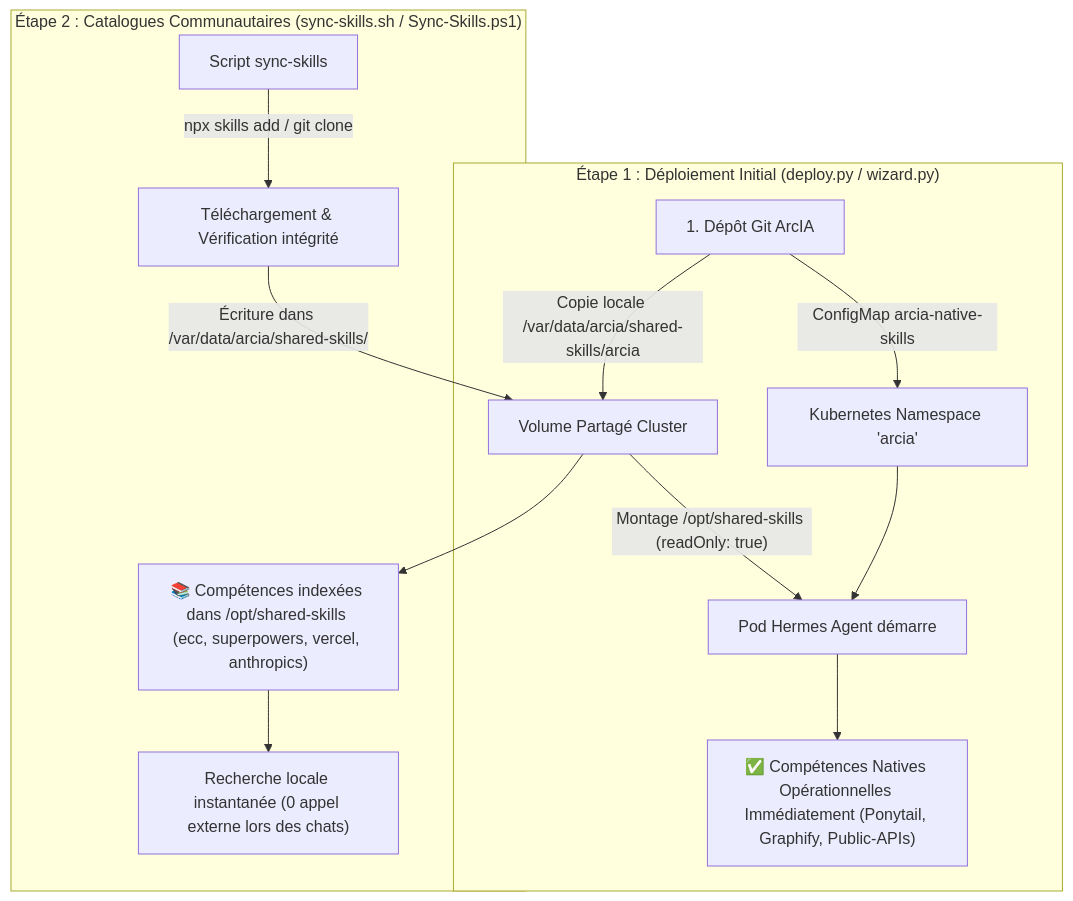
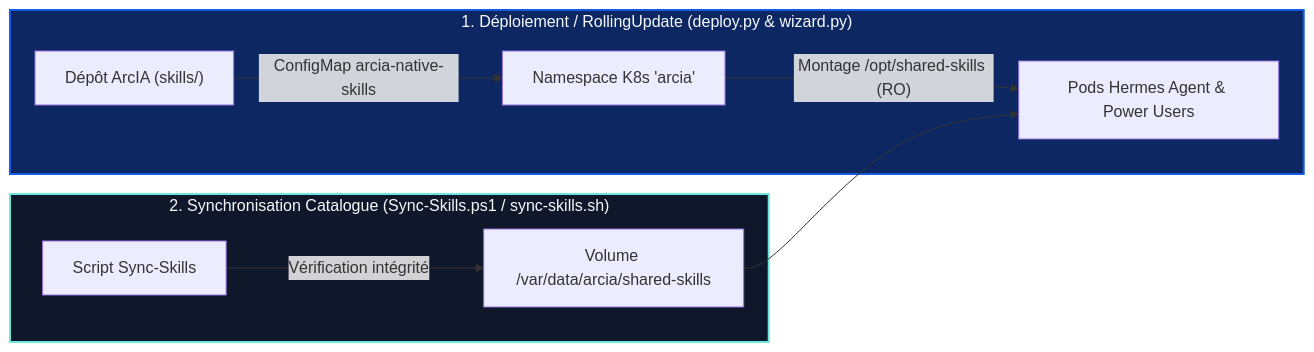
Before and after one commit to nicolastheuil/ArcIA: the diagram in skills/README.md, drawn with Mermaid. The commit also changed other lines of this file and 24 other files, not shown here.

Commit message:
feat(v0.4): add zero-downtime update center & homepage presentation in wizard, simplify root macro-architecture diagram, and polish all 22 READMEs

````diff
--- a/skills/README.md
+++ b/skills/README.md
@@ -44,17 +45,15 @@
 ```mermaid
-flowchart TD
-    subgraph S1["Étape 1 : Déploiement Initial (deploy.py / wizard.py)"]
-        A["1. Dépôt Git ArcIA"] -->|"ConfigMap arcia-native-skills"| B["Kubernetes Namespace 'arcia'"]
-        A -->|"Copie locale /var/data/arcia/shared-skills/arcia"| C["Volume Partagé Cluster"]
-        B --> D["Pod Hermes Agent démarre"]
-        C -->|"Montage /opt/shared-skills (readOnly: true)"| D
-        D --> E["✅ Compétences Natives Opérationnelles Immédiatement (Ponytail, Graphify, Public-APIs)"]
+flowchart LR
+    subgraph Native ["1. Déploiement / RollingUpdate (deploy.py & wizard.py)"]
+        Git["Dépôt ArcIA (skills/)"] -->|"ConfigMap arcia-native-skills"| K8s["Namespace K8s 'arcia'"]
+        K8s -->|"Montage /opt/shared-skills (RO)"| Hermes["Pods Hermes Agent & Power Users"]
     end
 
-    subgraph S2["Étape 2 : Catalogues Communautaires (sync-skills.sh / Sync-Skills.ps1)"]
-        F["Script sync-skills"] -->|"npx skills add / git clone"| G["Téléchargement & Vérification intégrité"]
-        G -->|"Écriture dans /var/data/arcia/shared-skills/"| C
-        C --> H["📚 Compétences indexées dans /opt/shared-skills (ecc, superpowers, vercel, anthropics)"]
-        H --> I["Recherche locale instantanée (0 appel externe lors des chats)"]
+    subgraph Community ["2. Synchronisation Catalogue (Sync-Skills.ps1 / sync-skills.sh)"]
+        Sync["Script Sync-Skills"] -->|"Vérification intégrité"| SharedVol["Volume /var/data/arcia/shared-skills"]
+        SharedVol --> Hermes
     end
+
+    style Native fill:#0C2762,stroke:#1659E4,stroke-width:2px,color:#F8FAFC
+    style Community fill:#0F172A,stroke:#6BE7DD,stroke-width:2px,color:#F8FAFC
 ```
````
